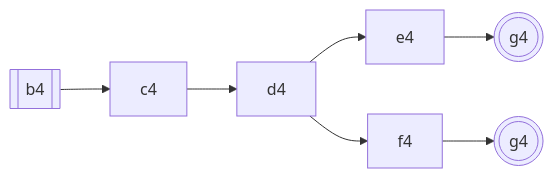
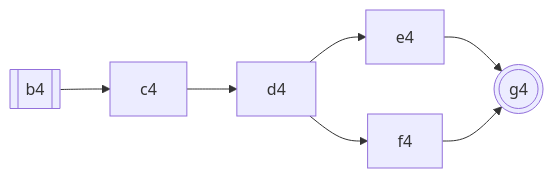
Diagram 22 of 24 in Blog/GLR-Refactoring/Mermaid.md (vczh-websites/vczh), drawn with Mermaid before and after one commit. The commit also changed other lines of this file and 1 other file, not shown here.

````diff
--- a/Blog/GLR-Refactoring/Mermaid.md
+++ b/Blog/GLR-Refactoring/Mermaid.md
@@ -599,6 +599,4 @@
 ```mermaid
 graph LR
-  b4[[b4]]-->c4-->d4 --> e4 & f4
-  e4-->g4_1(((g4)))
-  f4-->g4_2(((g4)))
+  b4[[b4]]-->c4-->d4 --> e4 & f4 --> g4(((g4)))
 ```
````
